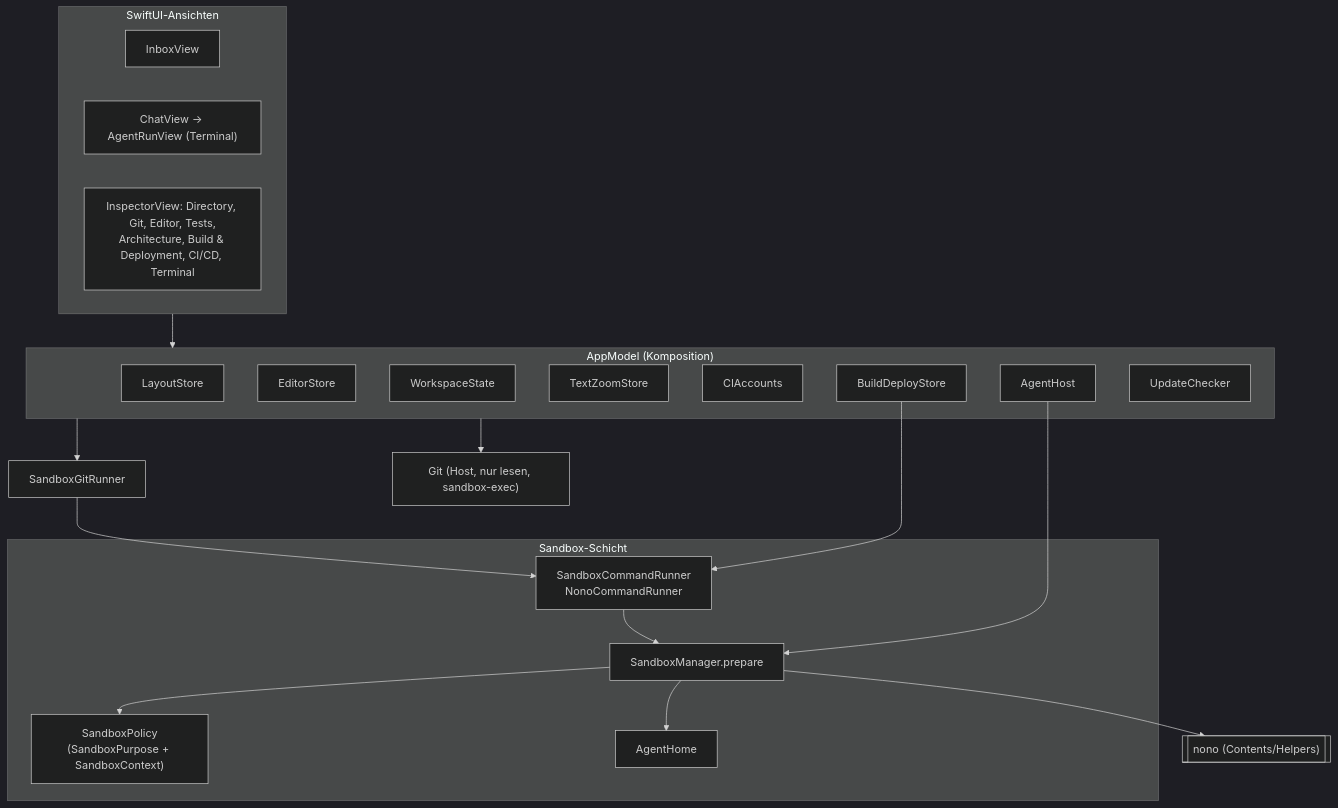
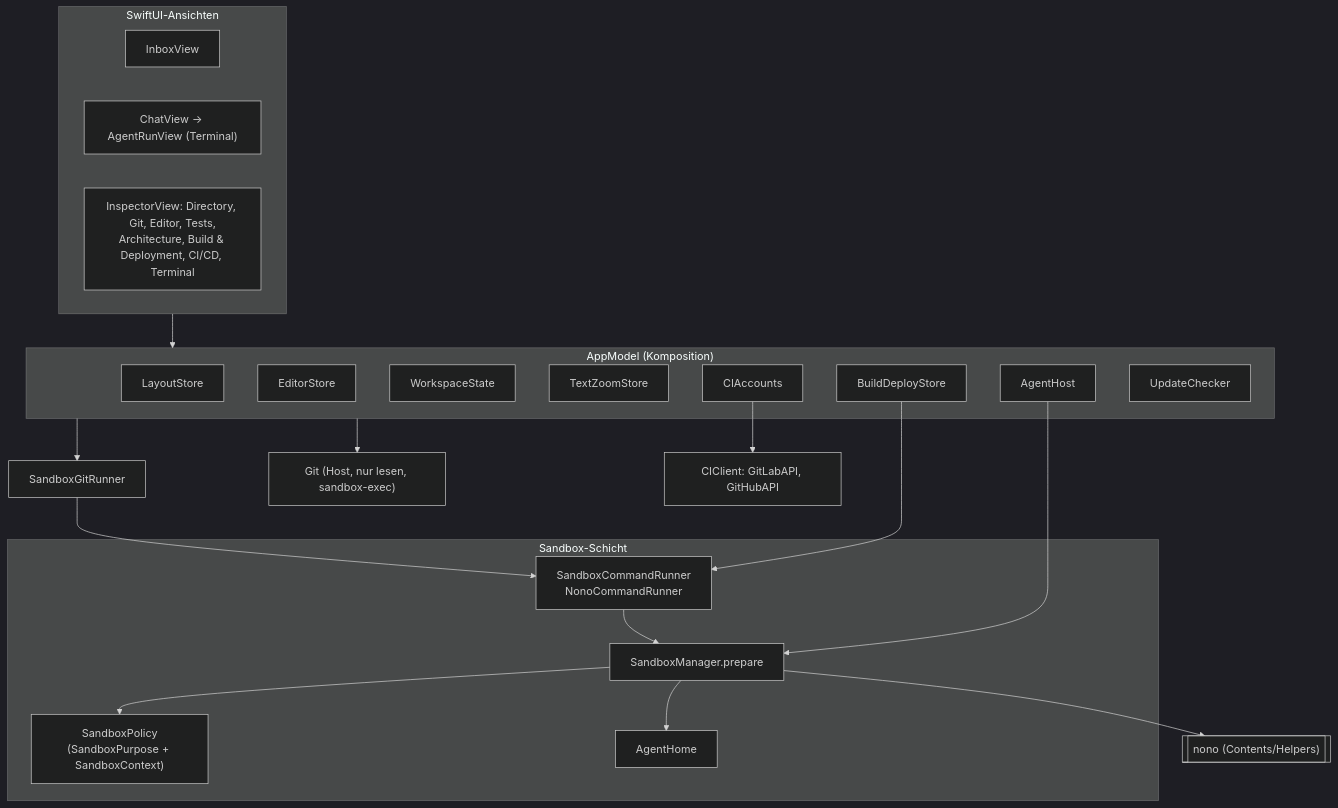
The first of 6 diagrams in docs/architecture.md (pvanissem/hearth-ide), drawn with Mermaid (dark theme) before and after one commit. The commit also changed other lines of this file and 2 other files, not shown here.

````diff
--- a/docs/architecture.md
+++ b/docs/architecture.md
@@ -9,35 +9,36 @@
 ```mermaid
 flowchart TB
   subgraph UI["SwiftUI-Ansichten"]
     Inbox["InboxView"]
     Chat["ChatView → AgentRunView (Terminal)"]
     Insp["InspectorView: Directory, Git, Editor, Tests,<br/>Architecture, Build & Deployment, CI/CD, Terminal"]
   end
   subgraph Model["AppModel (Komposition)"]
     Layout["LayoutStore"]
     Editor["EditorStore"]
     WS["WorkspaceState"]
     Zoom["TextZoomStore"]
-    GL["CIAccounts"]
+    CIA["CIAccounts"]
     Agents["AgentHost"]
     Builds["BuildDeployStore"]
     Updates["UpdateChecker"]
   end
   subgraph Sandbox["Sandbox-Schicht"]
     Policy["SandboxPolicy<br/>(SandboxPurpose + SandboxContext)"]
     Home["AgentHome"]
     Manager["SandboxManager.prepare"]
     Runner["SandboxCommandRunner<br/>NonoCommandRunner"]
   end
   nono[["nono (Contents/Helpers)"]]
   UI --> Model
   Agents --> Manager
   Builds --> Runner
   GitRunner["SandboxGitRunner"] --> Runner
   Model --> GitRunner
   Runner --> Manager
   Manager --> Policy & Home
   Manager --> nono
   HostGit["Git (Host, nur lesen, sandbox-exec)"]
   Model --> HostGit
+  CIA --> CIClients["CIClient: GitLabAPI, GitHubAPI"]
 ```
````
